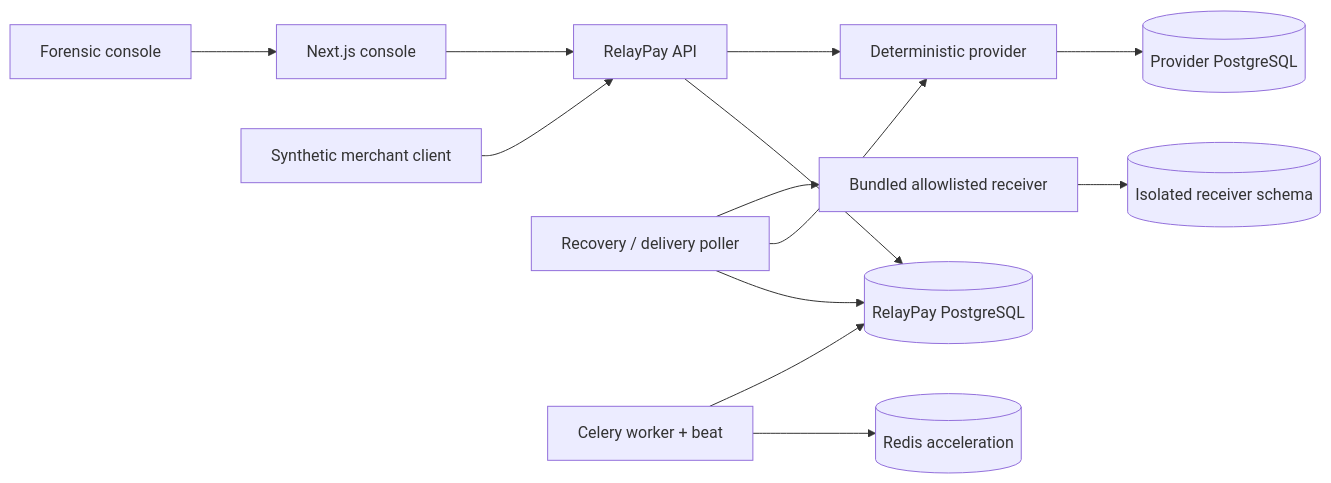
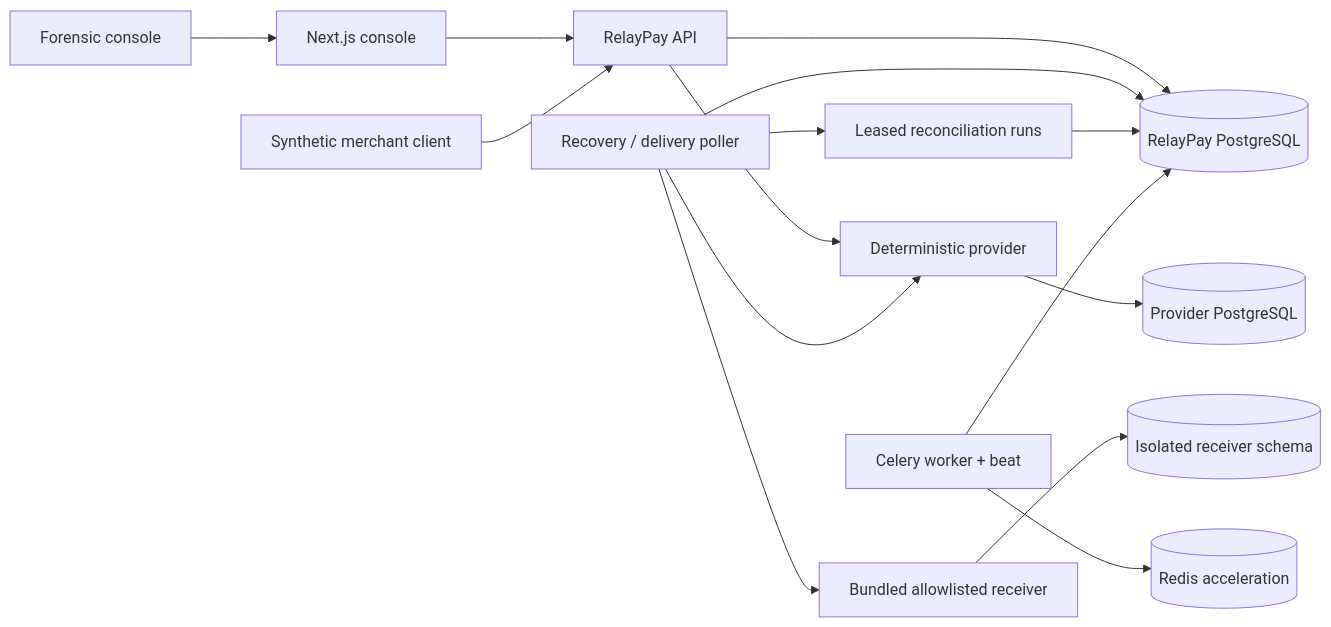
Before and after one commit to marsh15/relaypay: the diagram in README.md, drawn with Mermaid. The commit also changed other lines of this file and 14 other files, not shown here.

````diff
--- a/README.md
+++ b/README.md
@@ -79,15 +87,17 @@
 ```mermaid
 flowchart LR
     Browser["Forensic console"] --> Console["Next.js console"]
     Console --> API["RelayPay API"]
     Merchant["Synthetic merchant client"] --> API
     API --> RelayDB[("RelayPay PostgreSQL")]
     API --> Provider["Deterministic provider"]
     Provider --> ProviderDB[("Provider PostgreSQL")]
     Poller["Recovery / delivery poller"] --> RelayDB
+    Poller --> Reconcile["Leased reconciliation runs"]
+    Reconcile --> RelayDB
     Poller --> Provider
     Poller --> Receiver["Bundled allowlisted receiver"]
     Worker["Celery worker + beat"] --> Redis[("Redis acceleration")]
     Worker --> RelayDB
     Receiver --> ReceiverSchema[("Isolated receiver schema")]
 ```
````
